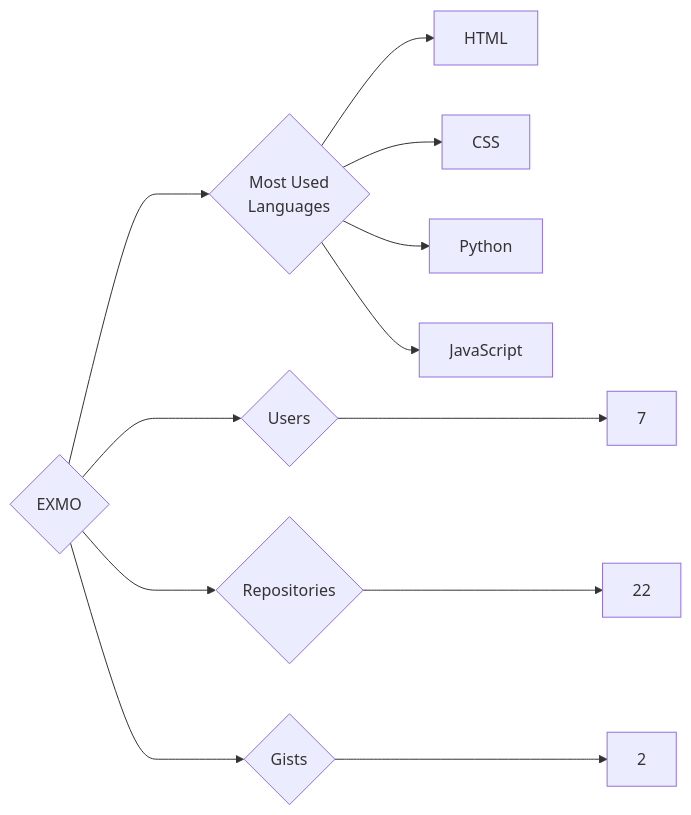
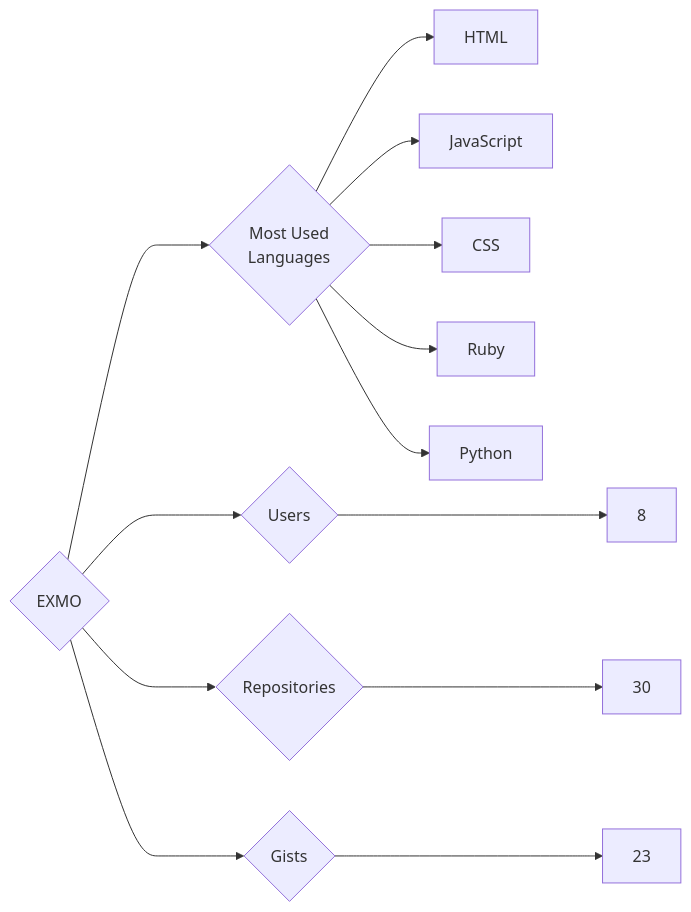
The diagram in targets/EXMO/README.md (trickest/insiders), drawn with Mermaid before and after one commit. The commit also changed 880 other files, not shown here.

````diff
--- a/targets/EXMO/README.md
+++ b/targets/EXMO/README.md
@@ -3,12 +3,13 @@
 ```mermaid
 graph LR
 COMPANY_NAME{EXMO}
-COMPANY_NAME ---> U{Users} ---> UN[7]
-COMPANY_NAME ---> R{Repositories} ---> RN[22]
-COMPANY_NAME ---> G{Gists} ---> GN[2]
+COMPANY_NAME ---> U{Users} ---> UN[8]
+COMPANY_NAME ---> R{Repositories} ---> RN[30]
+COMPANY_NAME ---> G{Gists} ---> GN[23]
 COMPANY_NAME ---> ML{Most Used<br>Languages}
 ML --> HTML[HTML]
+ML --> JavaScript[JavaScript]
 ML --> CSS[CSS]
+ML --> Ruby[Ruby]
 ML --> Python[Python]
-ML --> JavaScript[JavaScript]
 ```
````
